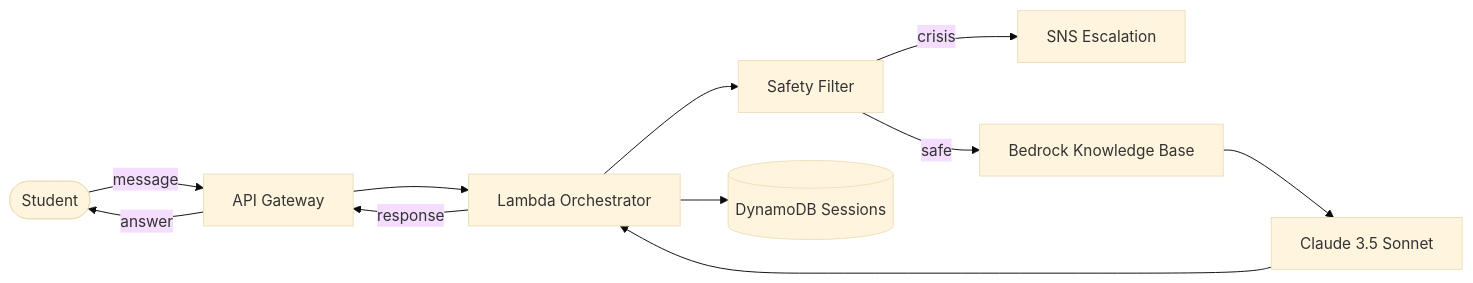
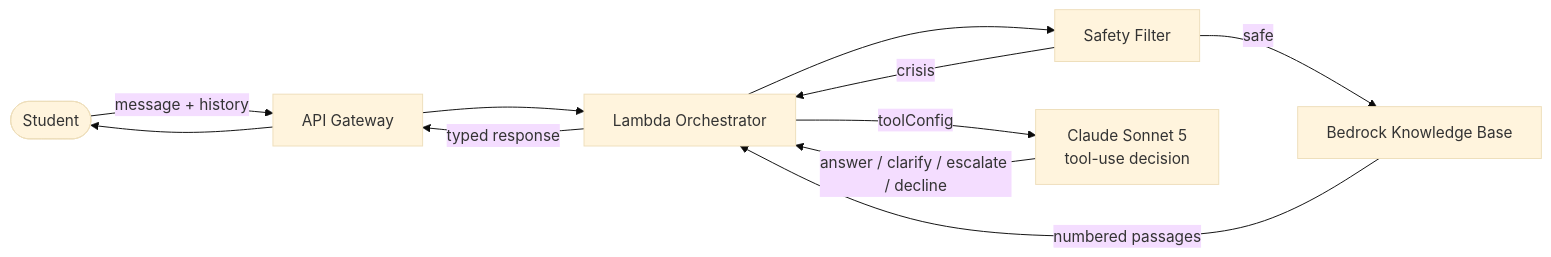
Before and after one commit to asherdrake/CSUCI-StudentSuccessNavigator: the diagram in README.md, drawn with Mermaid (base theme). The commit also changed other lines of this file and 18 other files, not shown here.

````diff
--- a/README.md
+++ b/README.md
@@ -11,13 +11,13 @@
 ```mermaid
 flowchart LR
-    Student([Student]) -->|message| APIGW[API Gateway]
+    Student([Student]) -->|message + history| APIGW[API Gateway]
     APIGW --> Lambda[Lambda Orchestrator]
     Lambda --> Safety[Safety Filter]
-    Safety -->|crisis| SNS[SNS Escalation]
+    Safety -->|crisis| Lambda
     Safety -->|safe| KB[Bedrock Knowledge Base]
-    KB --> Claude[Claude 3.5 Sonnet]
-    Claude --> Lambda
-    Lambda --> DDB[(DynamoDB Sessions)]
-    Lambda -->|response| APIGW
-    APIGW -->|answer| Student
+    KB -->|numbered passages| Lambda
+    Lambda -->|toolConfig| Claude[Claude Sonnet 5<br/>tool-use decision]
+    Claude -->|answer / clarify / escalate / decline| Lambda
+    Lambda -->|typed response| APIGW
+    APIGW --> Student
 ```
````
